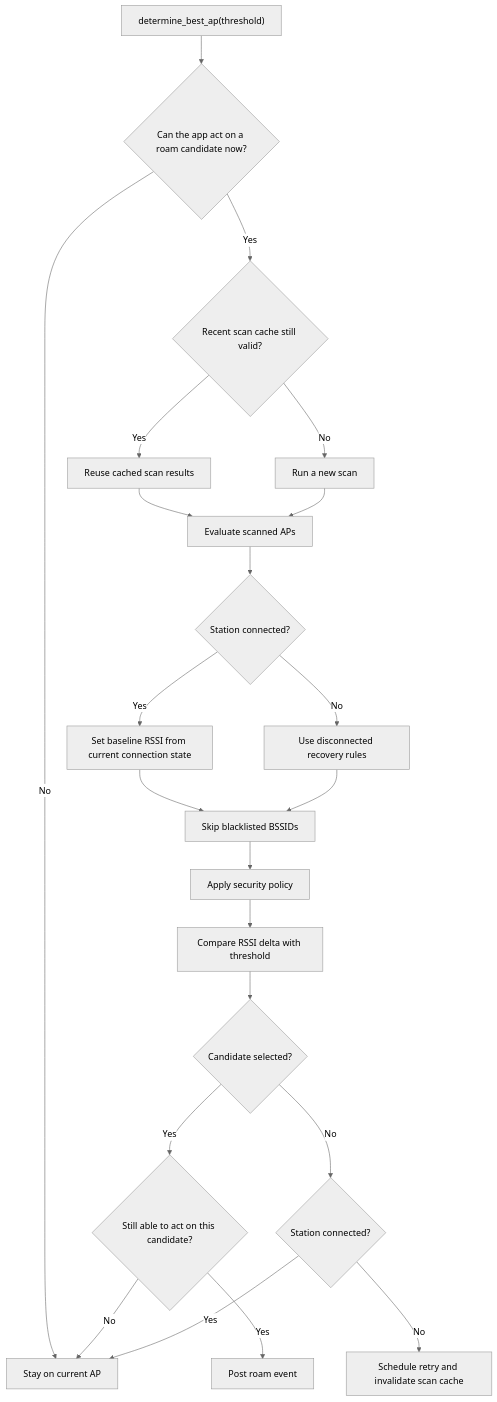
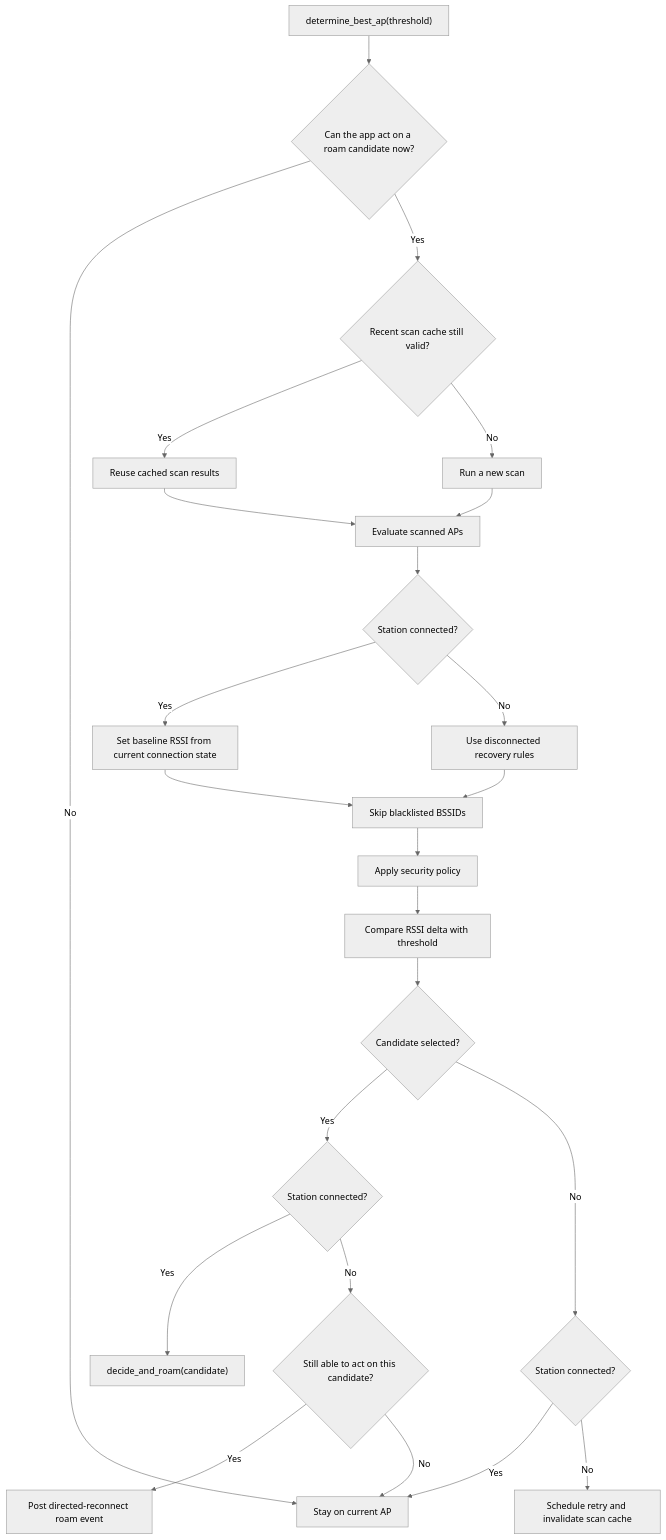
The third of 4 diagrams in components/esp_wifi/wifi_apps/roaming_app/src/ROAMING_FLOW.md (espressif/esp-idf), drawn with Mermaid (neutral theme) before and after one commit. The commit also changed other lines of this file and 7 other files, not shown here.

````diff
--- a/components/esp_wifi/wifi_apps/roaming_app/src/ROAMING_FLOW.md
+++ b/components/esp_wifi/wifi_apps/roaming_app/src/ROAMING_FLOW.md
@@ -107,27 +124,29 @@
 ```mermaid
 flowchart TD
     A["determine_best_ap(threshold)"] --> A1{"Can the app act on a roam candidate now?"}
     A1 -- "No" --> O["Stay on current AP"]
     A1 -- "Yes" --> B{"Recent scan cache still valid?"}
     B -- "Yes" --> C["Reuse cached scan results"]
     B -- "No" --> D["Run a new scan"]
     C --> E["Evaluate scanned APs"]
     D --> E
 
     E --> F{"Station connected?"}
     F -- "Yes" --> G["Set baseline RSSI from current connection state"]
     F -- "No" --> H["Use disconnected recovery rules"]
     G --> I["Skip blacklisted BSSIDs"]
     H --> I
 
     I --> J["Apply security policy"]
     J --> K["Compare RSSI delta with threshold"]
     K --> L{"Candidate selected?"}
 
-    L -- "Yes" --> M{"Still able to act on this candidate?"}
-    M -- "Yes" --> Q["Post roam event"]
+    L -- "Yes" --> Conn{"Station connected?"}
+    Conn -- "Yes" --> Decide["decide_and_roam(candidate)"]
+    Conn -- "No" --> M{"Still able to act on this candidate?"}
+    M -- "Yes" --> Q["Post directed-reconnect roam event"]
     M -- "No" --> O
     L -- "No" --> N{"Station connected?"}
     N -- "Yes" --> O["Stay on current AP"]
     N -- "No" --> P["Schedule retry and invalidate scan cache"]
 ```
````
